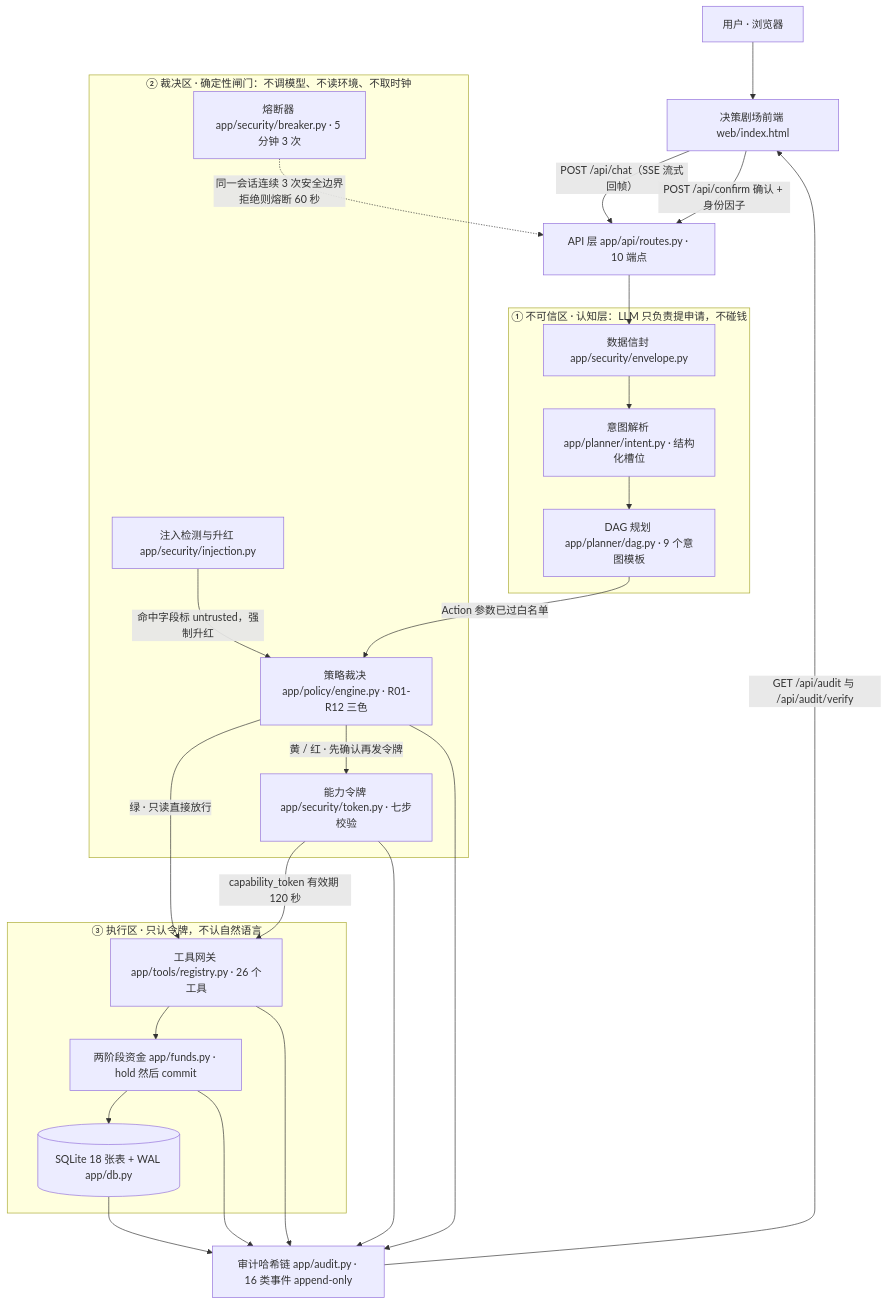
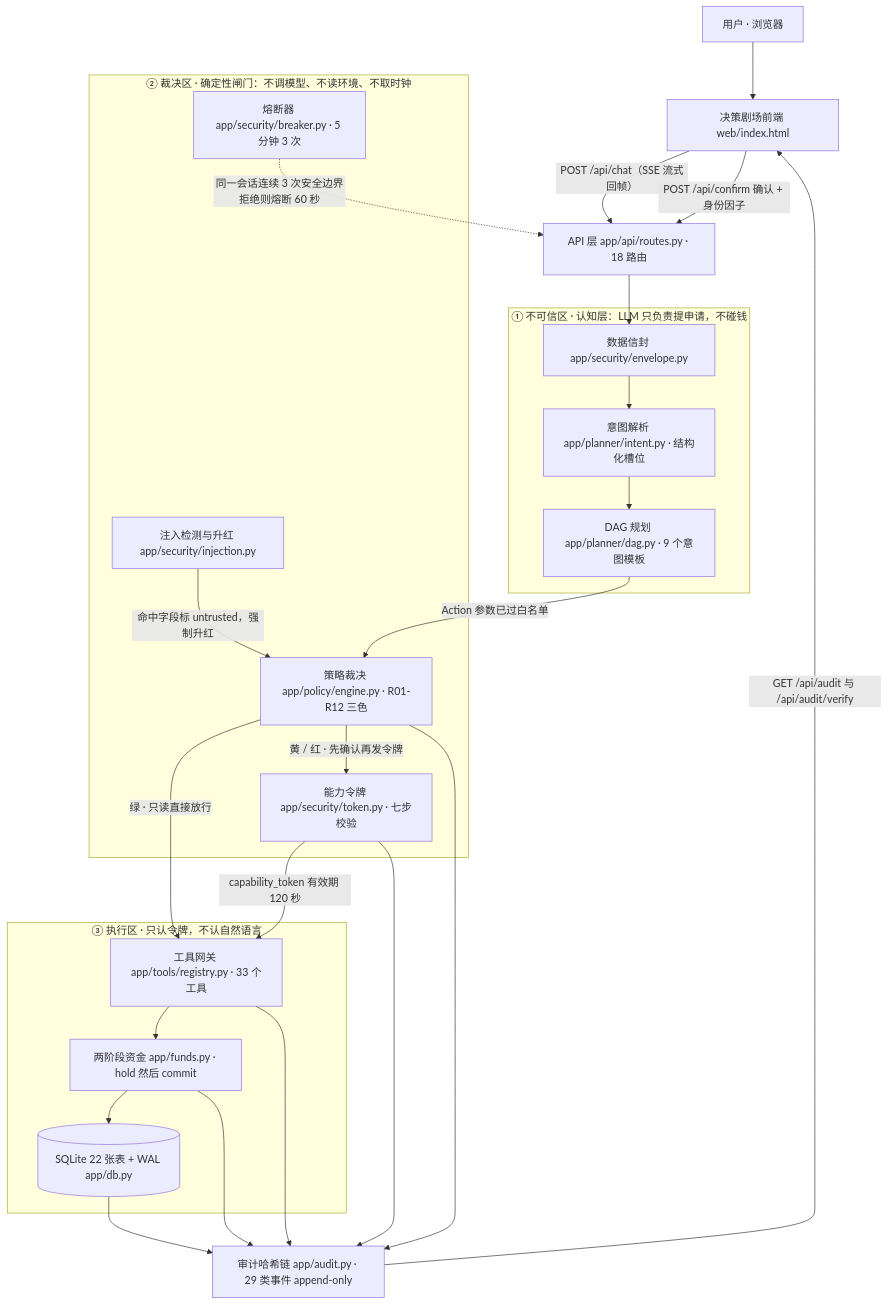
The first of 2 diagrams in docs/技术文档.md (peng6yu/banking-agent), drawn with Mermaid before and after one commit. The commit also changed other lines of this file and 90 other files, not shown here.

````diff
--- a/docs/技术文档.md
+++ b/docs/技术文档.md
@@ -56,42 +56,42 @@
 ```mermaid
 flowchart TD
     U["用户 · 浏览器"] --> FE["决策剧场前端 web/index.html"]
-    FE -->|"POST /api/chat（SSE 流式回帧）"| API["API 层 app/api/routes.py · 10 端点"]
+    FE -->|"POST /api/chat（SSE 流式回帧）"| API["API 层 app/api/routes.py · 18 路由"]
     FE -->|"POST /api/confirm 确认 + 身份因子"| API
 
     subgraph L1["① 不可信区 · 认知层：LLM 只负责提申请，不碰钱"]
         ENV["数据信封 app/security/envelope.py"]
         INT["意图解析 app/planner/intent.py · 结构化槽位"]
         DAG["DAG 规划 app/planner/dag.py · 9 个意图模板"]
     end
 
     subgraph L2["② 裁决区 · 确定性闸门：不调模型、不读环境、不取时钟"]
         INJ["注入检测与升红 app/security/injection.py"]
         PE["策略裁决 app/policy/engine.py · R01-R12 三色"]
         TK["能力令牌 app/security/token.py · 七步校验"]
         BRK["熔断器 app/security/breaker.py · 5 分钟 3 次"]
     end
 
     subgraph L3["③ 执行区 · 只认令牌，不认自然语言"]
-        REG["工具网关 app/tools/registry.py · 26 个工具"]
+        REG["工具网关 app/tools/registry.py · 33 个工具"]
         FND["两阶段资金 app/funds.py · hold 然后 commit"]
-        DB[("SQLite 18 张表 + WAL app/db.py")]
+        DB[("SQLite 22 张表 + WAL app/db.py")]
     end
 
-    AUD["审计哈希链 app/audit.py · 16 类事件 append-only"]
+    AUD["审计哈希链 app/audit.py · 29 类事件 append-only"]
 
     API --> ENV --> INT --> DAG
     DAG -->|"Action 参数已过白名单"| PE
     INJ -->|"命中字段标 untrusted，强制升红"| PE
     PE -->|"绿 · 只读直接放行"| REG
     PE -->|"黄 / 红 · 先确认再发令牌"| TK
     TK -->|"capability_token 有效期 120 秒"| REG
     BRK -.->|"同一会话连续 3 次安全边界拒绝则熔断 60 秒"| API
     REG --> FND --> DB
     REG --> AUD
     FND --> AUD
     PE --> AUD
     TK --> AUD
     DB --> AUD
     AUD -->|"GET /api/audit 与 /api/audit/verify"| FE
 ```
````
